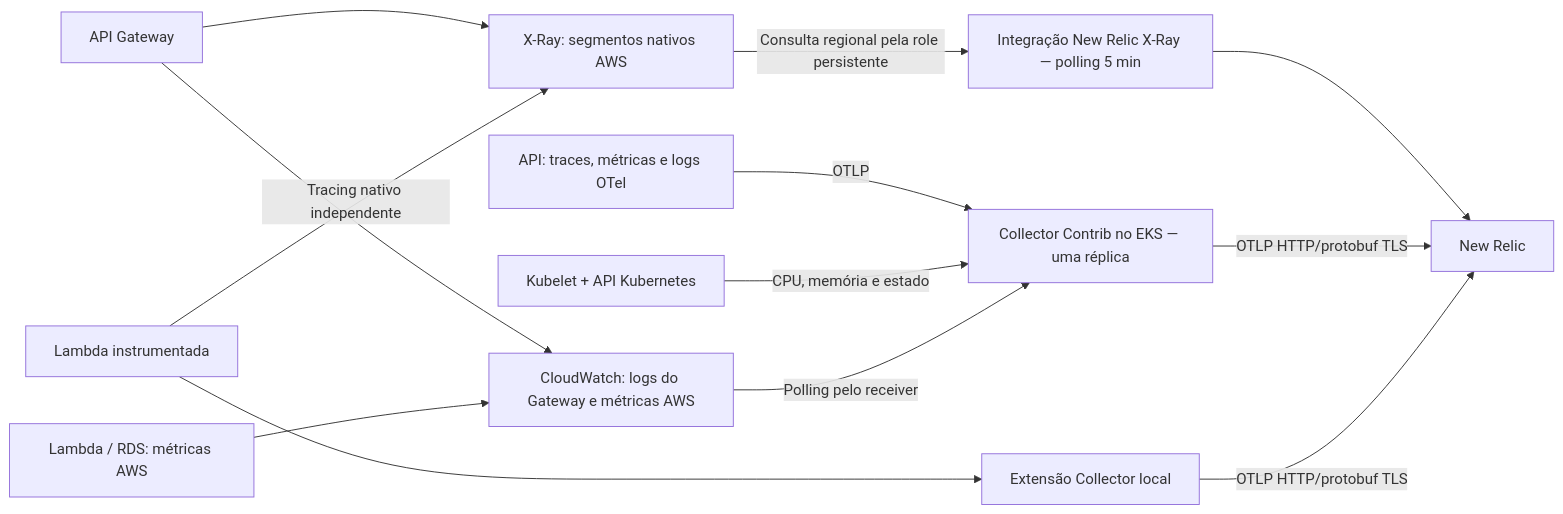
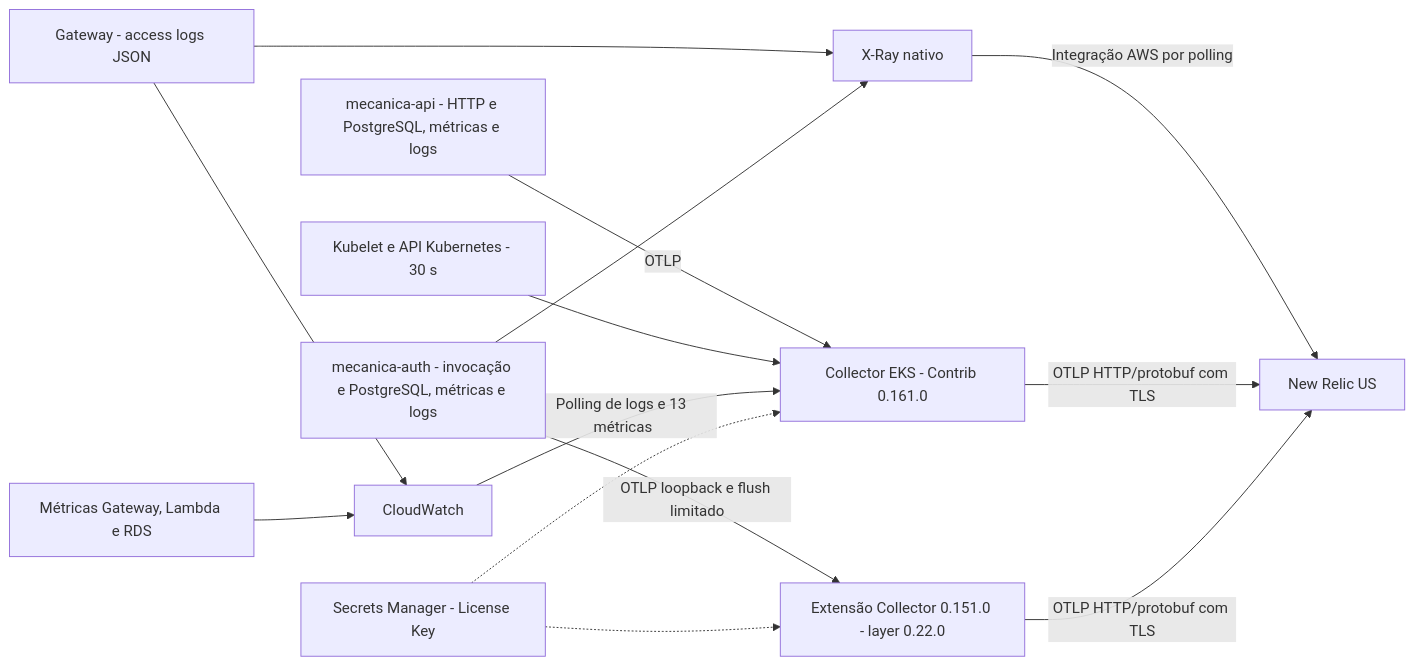
Before and after one commit to pknfelps/GerenciamentoMecanicaSistema: the second of 2 diagrams in docs/arquitetura/diagramas/COMPONENTES.md, drawn with Mermaid. The commit also changed other lines of this file and 78 other files, not shown here.

````diff
--- a/docs/arquitetura/diagramas/COMPONENTES.md
+++ b/docs/arquitetura/diagramas/COMPONENTES.md
@@ -54,15 +68,16 @@
 ```mermaid
 flowchart LR
-    API["API: traces, métricas e logs OTel"] -->|"OTLP"| COL["Collector Contrib no EKS — uma réplica"]
-    K8S["Kubelet + API Kubernetes"] -->|"CPU, memória e estado"| COL
-    FN["Lambda instrumentada"] --> LCOL["Extensão Collector local"]
-    GW["API Gateway"] --> CW["CloudWatch: logs do Gateway e métricas AWS"]
-    AWS["Lambda / RDS: métricas AWS"] --> CW
-    CW -->|"Polling pelo receiver"| COL
-    GW --> XR["X-Ray: segmentos nativos AWS"]
-    FN -->|"Tracing nativo independente"| XR
-    XR -->|"Consulta regional pela role persistente"| LINK["Integração New Relic X-Ray — polling 5 min"]
-    LINK --> NR["New Relic"]
-    COL -->|"OTLP HTTP/protobuf TLS"| NR
-    LCOL -->|"OTLP HTTP/protobuf TLS"| NR
+    API["mecanica-api - HTTP e PostgreSQL, métricas e logs"] -->|OTLP| COL["Collector EKS - Contrib 0.161.0"]
+    K8S["Kubelet e API Kubernetes - 30 s"] --> COL
+    FN["mecanica-auth - invocação e PostgreSQL, métricas e logs"] -->|"OTLP loopback e flush limitado"| EXT["Extensão Collector 0.151.0 - layer 0.22.0"]
+    GW["Gateway - access logs JSON"] --> CW["CloudWatch"]
+    AWS["Métricas Gateway, Lambda e RDS"] --> CW
+    CW -->|"Polling de logs e 13 métricas"| COL
+    GW --> XR["X-Ray nativo"]
+    FN --> XR
+    XR -->|"Integração AWS por polling"| NR["New Relic US"]
+    COL -->|"OTLP HTTP/protobuf com TLS"| NR
+    EXT -->|"OTLP HTTP/protobuf com TLS"| NR
+    SM["Secrets Manager - License Key"] -.-> COL
+    SM -.-> EXT
 ```
````
